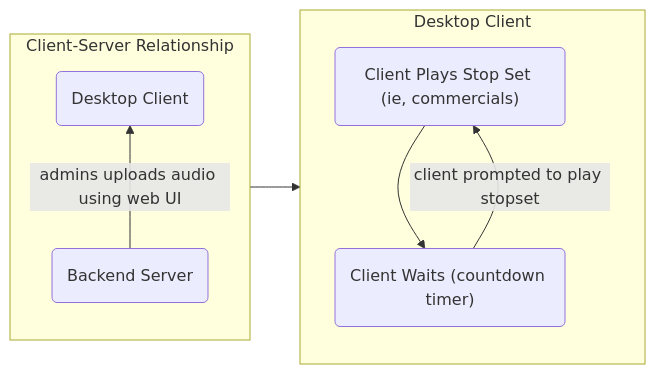
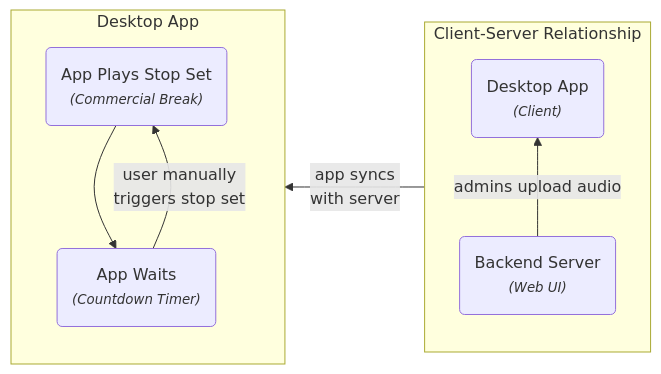
One commit to dtcooper/tomato changed the diagram in docs/index.md. Above: the diagram before and after it, drawn with Mermaid. The commit also changed other lines of this file and 2 other files, not shown here.

````diff
--- a/docs/index.md
+++ b/docs/index.md
@@ -16,17 +16,17 @@
 ```mermaid
-flowchart LR
+flowchart RL
     subgraph CLIENT_SERVER [Client-Server Relationship]
         direction BT
-            client(Desktop Client)
-            server(Backend Server)
-            server -- admins uploads audio using web UI --> client
+            client("Desktop App\n<em><small>(Client)</small></em>")
+            server("Backend Server\n<em><small>(Web UI)</small></em>")
+            server -- admins upload audio --> client
     end
-    subgraph STOPSET [Desktop Client]
+    subgraph STOPSET [Desktop App]
         direction TB
-            stopset("Client Plays Stop Set (ie, commercials)")
-            wait("Client Waits (countdown timer)")
+            stopset("App Plays Stop Set\n<em><small>(Commercial Break)</small></em>")
+            wait("App Waits\n<em><small>(Countdown Timer)</small></em>")
             stopset --> wait
-            wait -- client prompted to play stopset --> stopset
+            wait -- user manually\ntriggers stop set --> stopset
     end
-    CLIENT_SERVER --> STOPSET
+    CLIENT_SERVER -- app syncs\nwith server --> STOPSET
 ```
````
